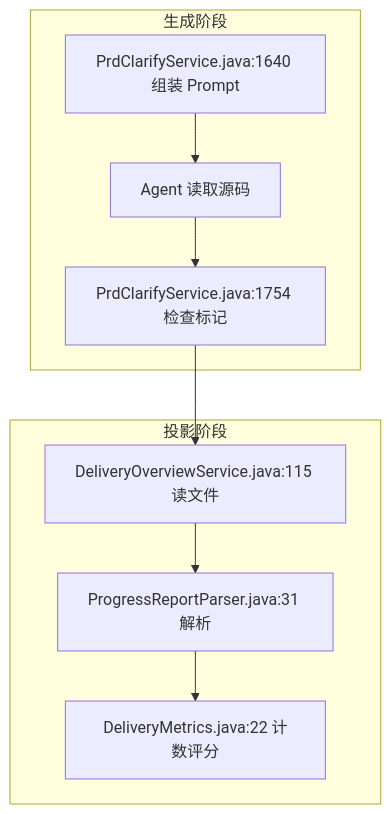
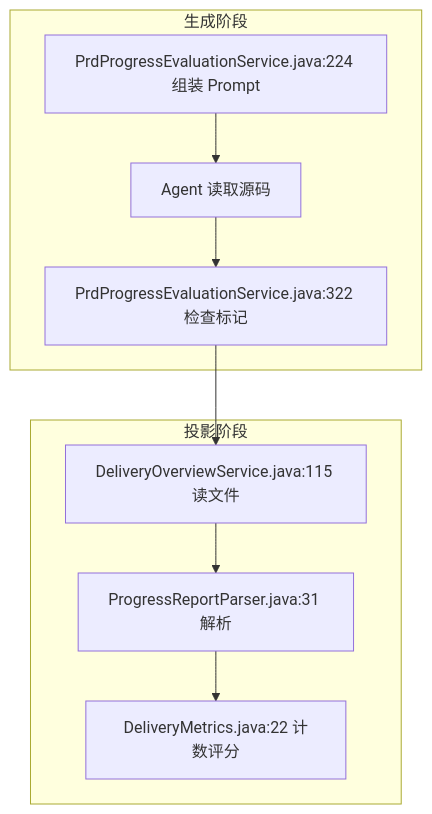
The third of 5 diagrams in docs/orientation/Delivery证据链/Delivery证据链-现状梳理.md (exception-coder/kai-toolbox), drawn with Mermaid before and after one commit. The commit also changed other lines of this file and 7 other files, not shown here.

First line of the commit message:
refactor(prd-clarify): 拆分进度评估服务职责

````diff
--- a/docs/orientation/Delivery证据链/Delivery证据链-现状梳理.md
+++ b/docs/orientation/Delivery证据链/Delivery证据链-现状梳理.md
@@ -88,12 +92,12 @@
 ```mermaid
 flowchart TD
     subgraph Generate["生成阶段"]
-        G1["PrdClarifyService.java:1640 组装 Prompt"] --> G2["Agent 读取源码"]
-        G2 --> G3["PrdClarifyService.java:1754 检查标记"]
+        G1["PrdProgressEvaluationService.java:224 组装 Prompt"] --> G2["Agent 读取源码"]
+        G2 --> G3["PrdProgressEvaluationService.java:322 检查标记"]
     end
     subgraph Projection["投影阶段"]
         P1["DeliveryOverviewService.java:115 读文件"] --> P2["ProgressReportParser.java:31 解析"]
         P2 --> P3["DeliveryMetrics.java:22 计数评分"]
     end
     G3 --> P1
 ```
````
